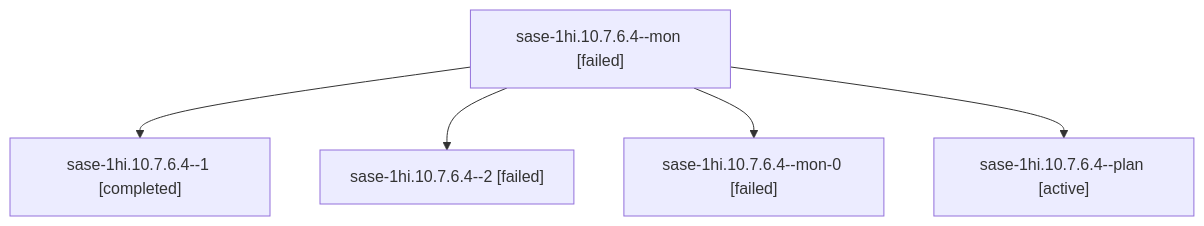
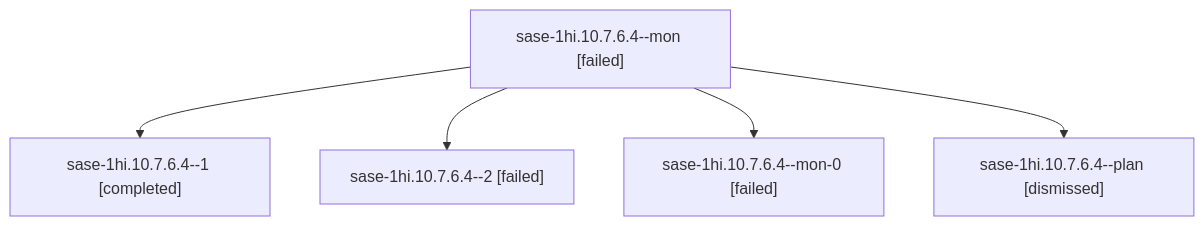
One commit to sase-org/sase--agents changed the diagram in sessions/bbugyi200.apollo.sase-1hi.10.7.6.4.md. Above: the diagram before and after it, drawn with Mermaid. The commit also changed other lines of this file and 231 other files, not shown here.

````diff
--- a/sessions/bbugyi200.apollo.sase-1hi.10.7.6.4.md
+++ b/sessions/bbugyi200.apollo.sase-1hi.10.7.6.4.md
@@ -9,12 +9,12 @@
 ```mermaid
 flowchart TD
   n0["sase-1hi.10.7.6.4--mon [failed]"]
   n1["sase-1hi.10.7.6.4--1 [completed]"]
   n0 --> n1
   n2["sase-1hi.10.7.6.4--2 [failed]"]
   n0 --> n2
   n3["sase-1hi.10.7.6.4--mon-0 [failed]"]
   n0 --> n3
-  n4["sase-1hi.10.7.6.4--plan [active]"]
+  n4["sase-1hi.10.7.6.4--plan [dismissed]"]
   n0 --> n4
 ```
````
